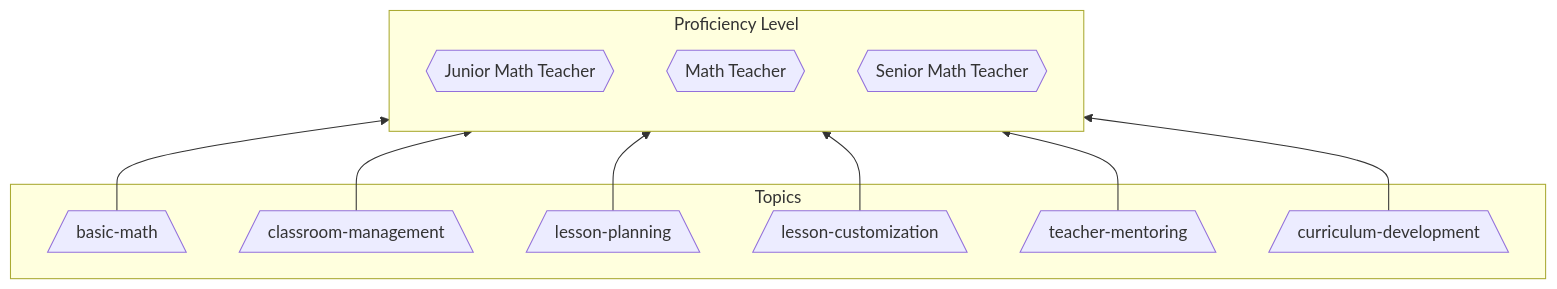
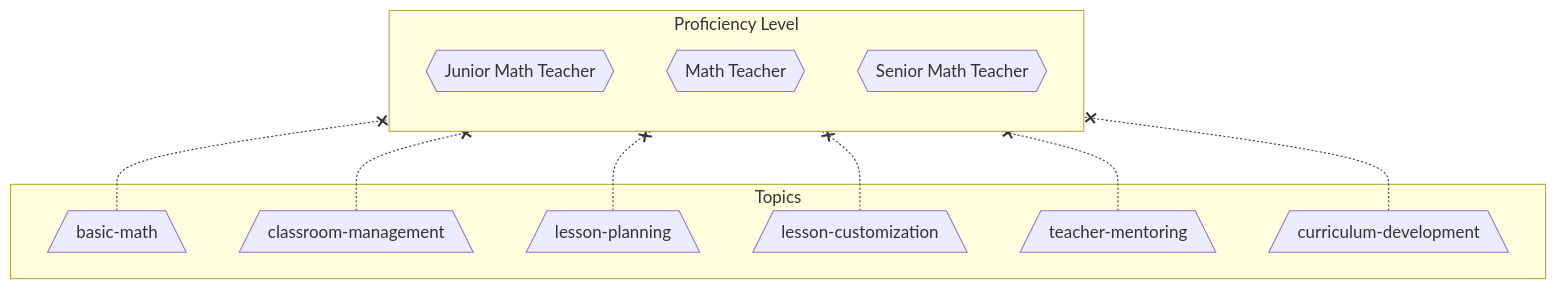
Before and after one commit to openproficiency/model: the first of 3 diagrams in specs/proficiency-level.md, drawn with Mermaid. The commit also changed other lines of this file, not shown here.

Commit message:
fix: incorrect arrows in charts

````diff
--- a/specs/proficiency-level.md
+++ b/specs/proficiency-level.md
@@ -56,30 +56,30 @@
 ```mermaid
   flowchart BT
 
   subgraph Topics
     basic-math[/basic-math\]
     classroom-management[/classroom-management\]
 
     lesson-planning[/lesson-planning\]
     lesson-customization[/lesson-customization\]
 
     teacher-mentoring[/teacher-mentoring\]
     curriculum-development[/curriculum-development\]
   end
 
   subgraph Proficiency Level
     direction BT
     math-teacher-junior{{"Junior Math Teacher"}}
     math-teacher{{"Math Teacher<br/>"}}
     math-teacher-senior{{"Senior Math Teacher<br/>"}}
   end
 
-  basic-math --> math-teacher-junior
-  classroom-management --> math-teacher-junior
+  basic-math -.-x math-teacher-junior
+  classroom-management -.-x math-teacher-junior
 
-  lesson-planning --> math-teacher
-  lesson-customization --> math-teacher
+  lesson-planning -.-x math-teacher
+  lesson-customization -.-x math-teacher
 
-  teacher-mentoring --> math-teacher-senior
-  curriculum-development --> math-teacher-senior
+  teacher-mentoring -.-x math-teacher-senior
+  curriculum-development -.-x math-teacher-senior
 ```
````
